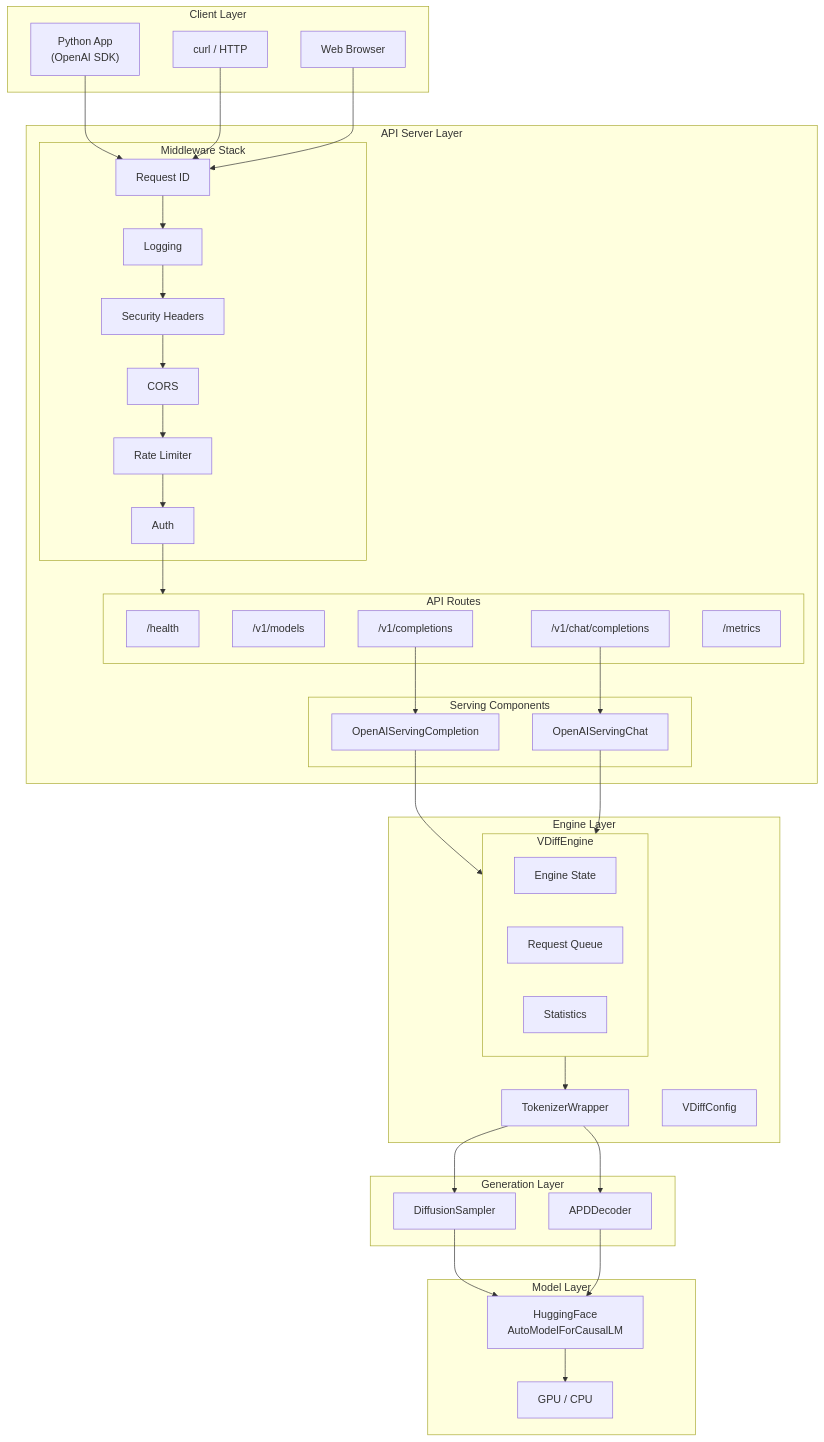
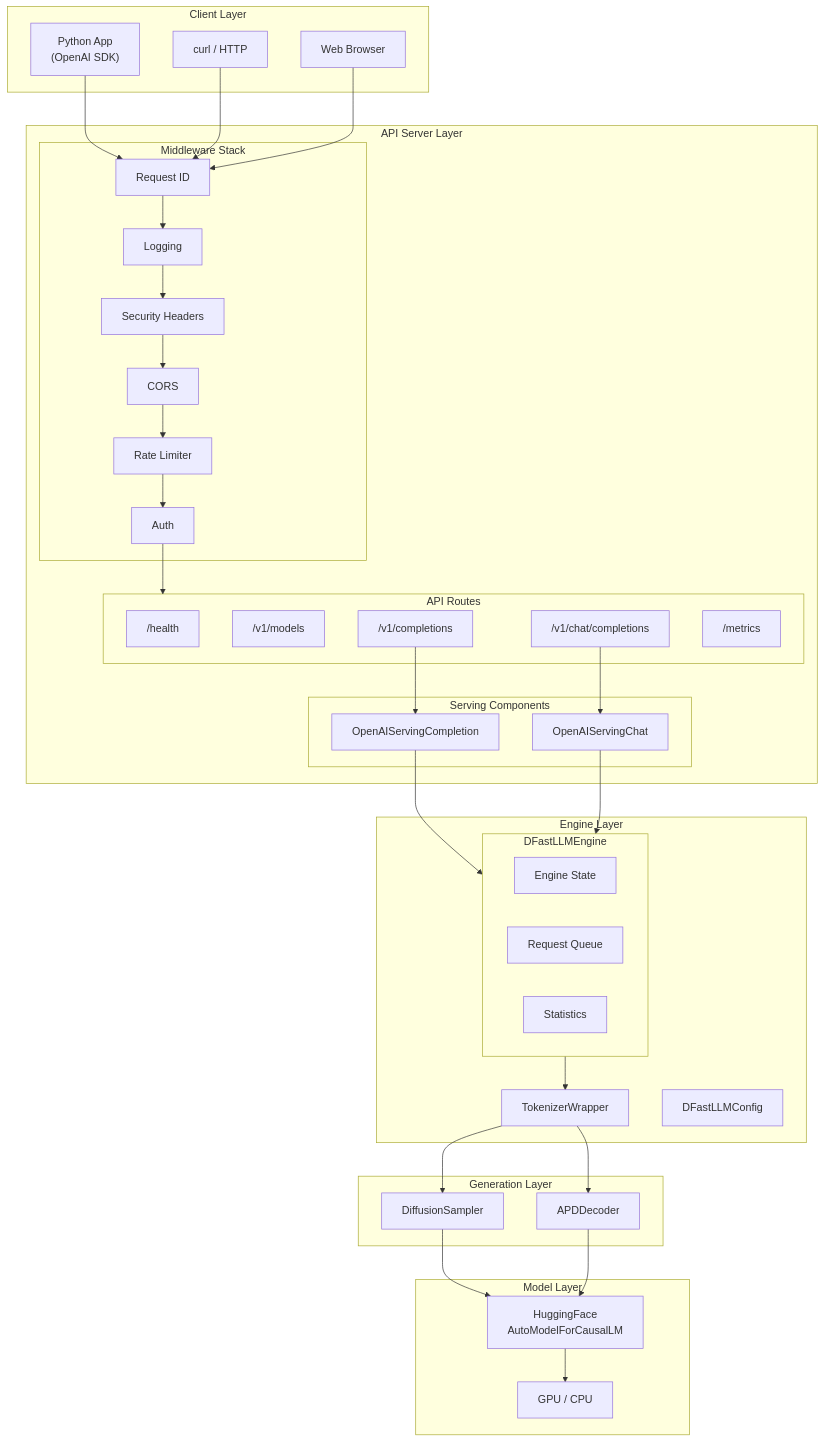
The second of 16 diagrams in docs/dev-doc/02-architecture.md (mwaykole/vdiff), drawn with Mermaid before and after one commit. The commit also changed other lines of this file and 53 other files, not shown here.

````diff
--- a/docs/dev-doc/02-architecture.md
+++ b/docs/dev-doc/02-architecture.md
@@ -43,69 +43,69 @@
 ```mermaid
 flowchart TB
     subgraph Clients["Client Layer"]
         C1["Python App<br/>(OpenAI SDK)"]
         C2["curl / HTTP"]
         C3["Web Browser"]
     end
     
     subgraph APIServer["API Server Layer"]
         subgraph Middleware["Middleware Stack"]
             MW1["Request ID"]
             MW2["Logging"]
             MW3["Security Headers"]
             MW4["CORS"]
             MW5["Rate Limiter"]
             MW6["Auth"]
         end
         
         subgraph Routes["API Routes"]
             R1["/health"]
             R2["/v1/models"]
             R3["/v1/completions"]
             R4["/v1/chat/completions"]
             R5["/metrics"]
         end
         
         subgraph Serving["Serving Components"]
             SC["OpenAIServingCompletion"]
             SH["OpenAIServingChat"]
         end
     end
     
     subgraph EngineLayer["Engine Layer"]
-        subgraph VDiffEngine["VDiffEngine"]
+        subgraph DFastLLMEngine["DFastLLMEngine"]
             STATE["Engine State"]
             QUEUE["Request Queue"]
             STATS["Statistics"]
         end
         
         TOK["TokenizerWrapper"]
-        CONFIG["VDiffConfig"]
+        CONFIG["DFastLLMConfig"]
     end
     
     subgraph GenerationLayer["Generation Layer"]
         DIFF["DiffusionSampler"]
         APD["APDDecoder"]
     end
     
     subgraph ModelLayer["Model Layer"]
         HF["HuggingFace<br/>AutoModelForCausalLM"]
         GPU["GPU / CPU"]
     end
     
     C1 --> MW1
     C2 --> MW1
     C3 --> MW1
     MW1 --> MW2 --> MW3 --> MW4 --> MW5 --> MW6
     MW6 --> Routes
     R3 --> SC
     R4 --> SH
-    SC --> VDiffEngine
-    SH --> VDiffEngine
-    VDiffEngine --> TOK
+    SC --> DFastLLMEngine
+    SH --> DFastLLMEngine
+    DFastLLMEngine --> TOK
     TOK --> DIFF
     TOK --> APD
     DIFF --> HF
     APD --> HF
     HF --> GPU
 ```
````
